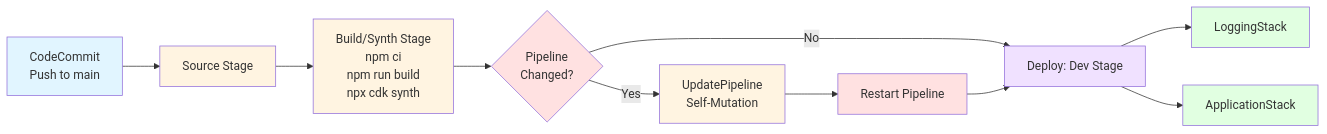
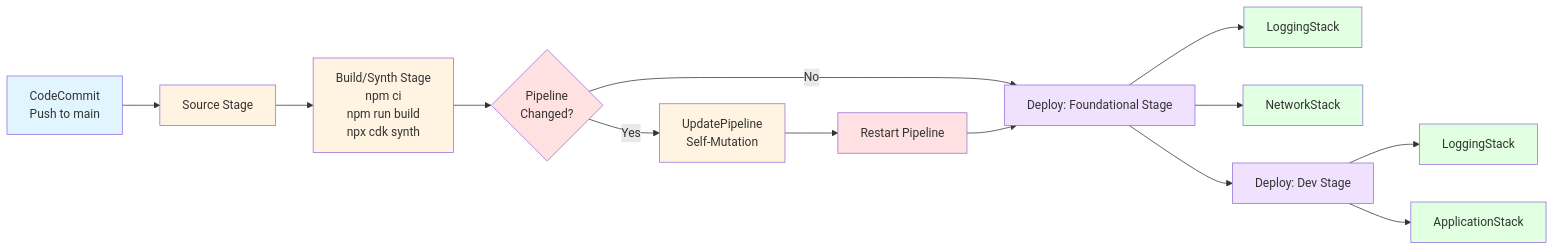
The second of 9 diagrams in docs/diagrams.md (tramaine-codes/aws-cdk-delivery-patterns), drawn with Mermaid before and after one commit. The commit also changed other lines of this file and 15 other files, not shown here.

First line of the commit message:
refactor: move foundational stacks into pipeline-managed stage

````diff
--- a/docs/diagrams.md
+++ b/docs/diagrams.md
@@ -24,22 +28,28 @@
 ```mermaid
 graph LR
     A[CodeCommit<br/>Push to main] --> B[Source Stage]
     B --> C[Build/Synth Stage<br/>npm ci<br/>npm run build<br/>npx cdk synth]
     C --> D{Pipeline<br/>Changed?}
     D -->|Yes| E[UpdatePipeline<br/>Self-Mutation]
-    D -->|No| F[Deploy: Dev Stage]
+    D -->|No| F[Deploy: Foundational Stage]
     E --> G[Restart Pipeline]
     G --> F
     F --> H[LoggingStack]
-    F --> I[ApplicationStack]
-    
+    F --> I[NetworkStack]
+    F --> J[Deploy: Dev Stage]
+    J --> K[LoggingStack]
+    J --> L[ApplicationStack]
+
     style A fill:#e1f5ff
     style B fill:#fff4e1
     style C fill:#fff4e1
     style D fill:#ffe1e1
     style E fill:#fff4e1
     style F fill:#f0e1ff
     style G fill:#ffe1e1
     style H fill:#e1ffe1
     style I fill:#e1ffe1
+    style J fill:#f0e1ff
+    style K fill:#e1ffe1
+    style L fill:#e1ffe1
 ```
````
